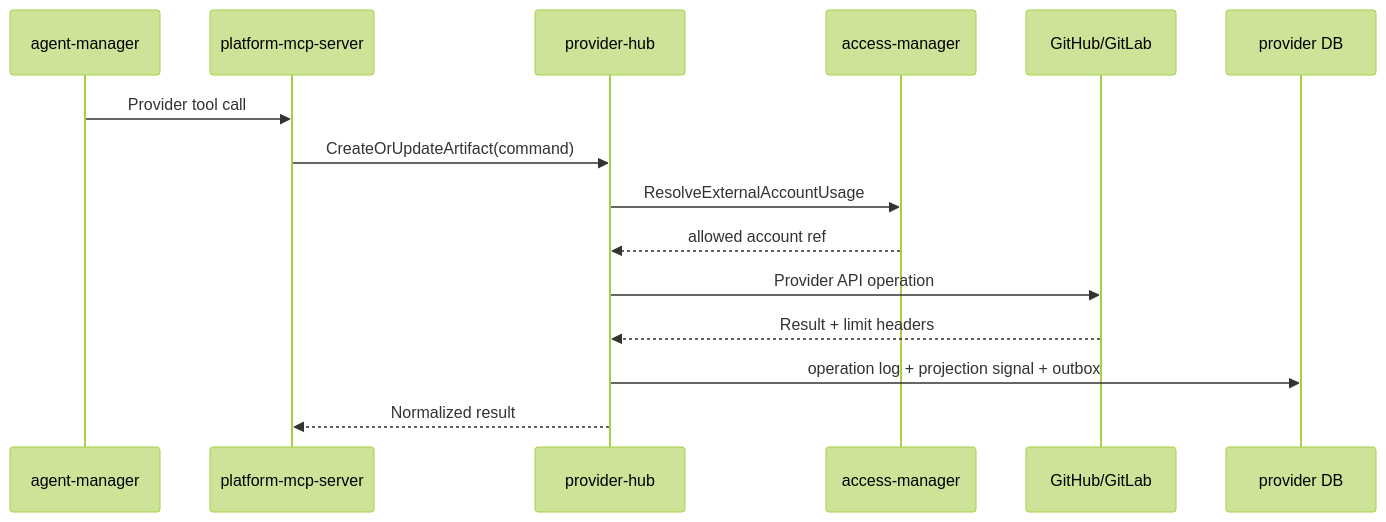
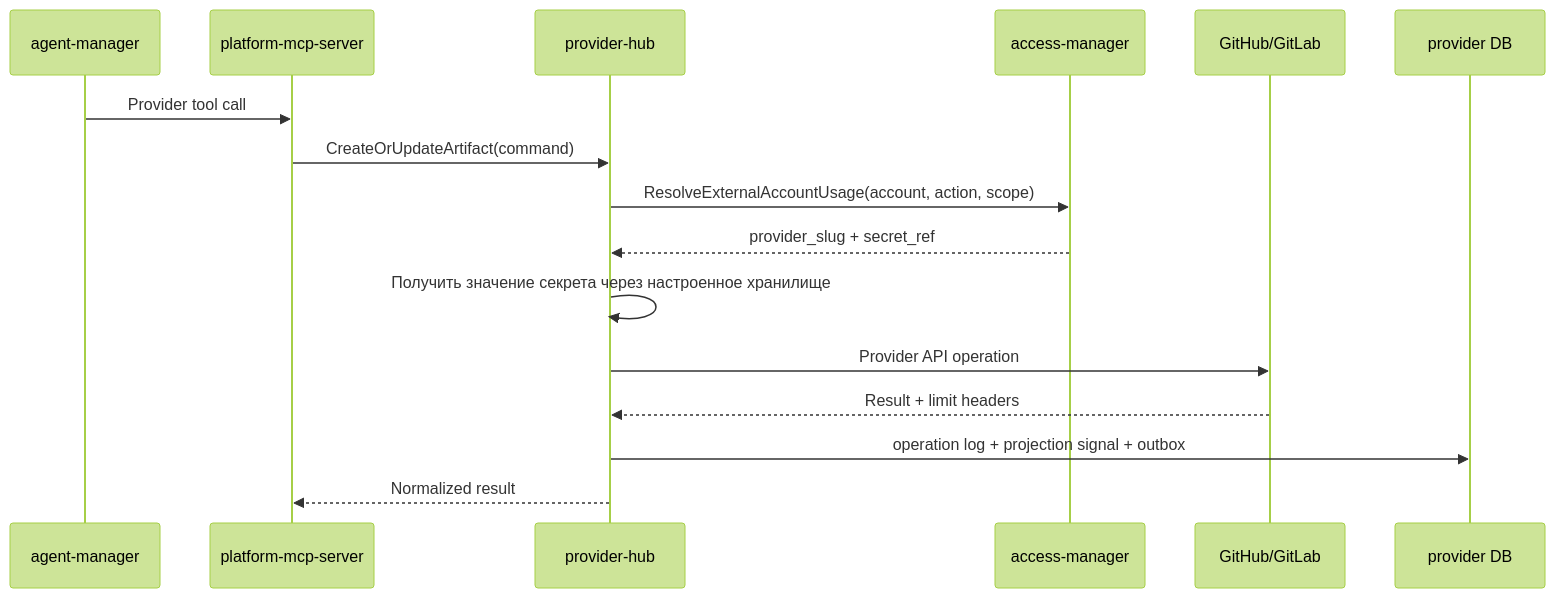
The third of 4 diagrams in docs/domains/provider-native-work-items/architecture/design.md (codex-k8s/kodex), drawn with Mermaid (forest theme) before and after one commit. The commit also changed other lines of this file and 17 other files, not shown here.

Commit message:
Add provider account usage bridge

````diff
--- a/docs/domains/provider-native-work-items/architecture/design.md
+++ b/docs/domains/provider-native-work-items/architecture/design.md
@@ -112,17 +113,18 @@
 ```mermaid
 sequenceDiagram
   participant AM as agent-manager
   participant MCP as platform-mcp-server
   participant H as provider-hub
   participant A as access-manager
   participant P as GitHub/GitLab
   participant DB as provider DB
   AM->>MCP: Provider tool call
   MCP->>H: CreateOrUpdateArtifact(command)
-  H->>A: ResolveExternalAccountUsage
-  A-->>H: allowed account ref
+  H->>A: ResolveExternalAccountUsage(account, action, scope)
+  A-->>H: provider_slug + secret_ref
+  H->>H: Получить значение секрета через настроенное хранилище
   H->>P: Provider API operation
   P-->>H: Result + limit headers
   H->>DB: operation log + projection signal + outbox
   H-->>MCP: Normalized result
 ```
````
